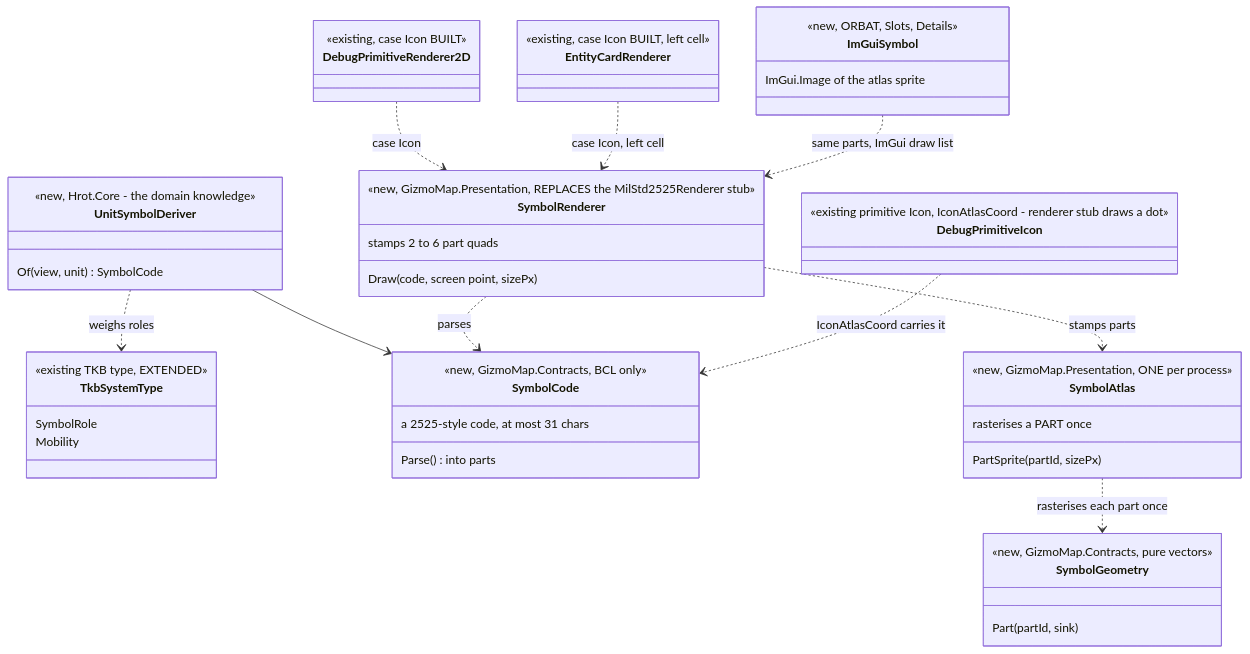
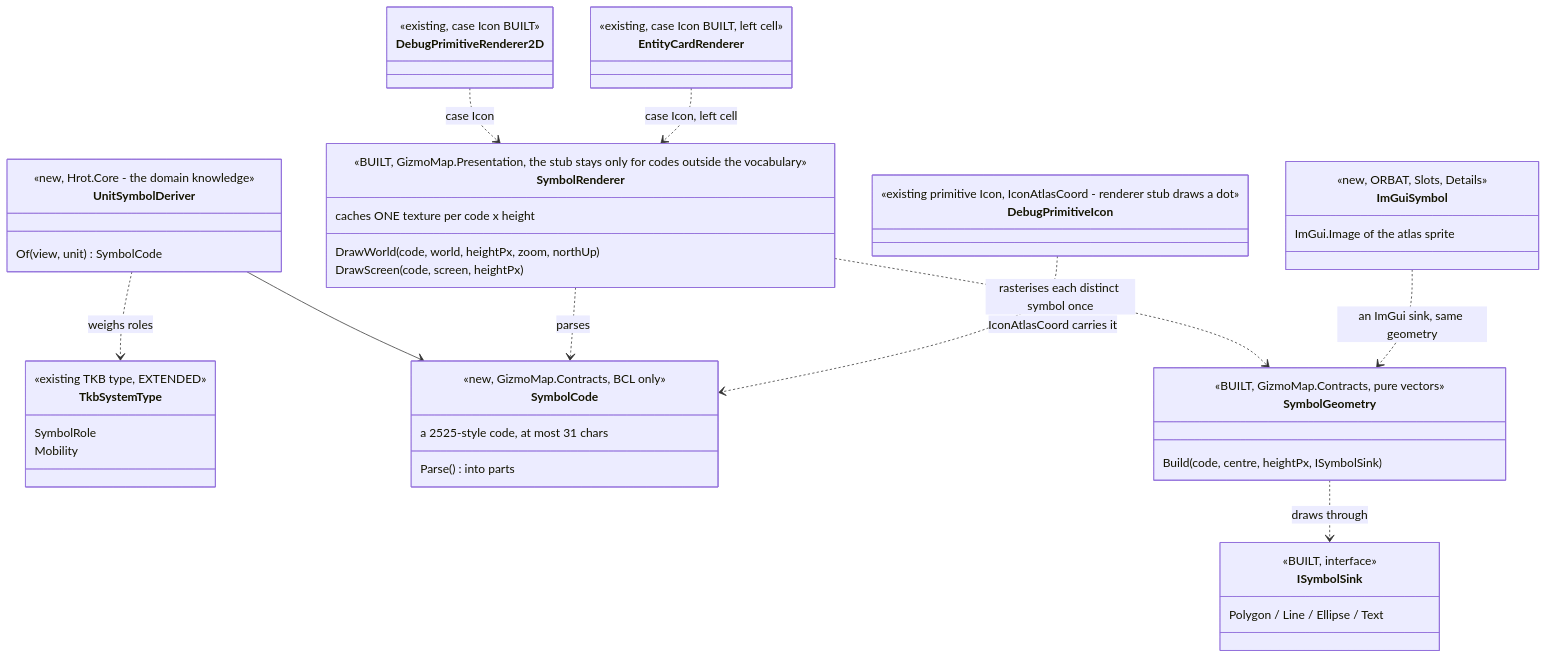
The fourth of 4 diagrams in docs/designs/aggregate-units/DESIGN_Stochastic_Unit_UI.md (pjanec/HROT), drawn with Mermaid before and after one commit. The commit also changed other lines of this file and 2 other files, not shown here.

Commit message:
agg-ui: CE-8608 done — R-8603 (per-symbol texture cache, measured) folded into DESIGN_Stochastic_Unit_UI §6 S-6 (parts atlas superseded)
Claude-Session: https://claude.ai/code/session_01HAuqWX1KLHp9J32jXmdZuw

````diff
--- a/docs/designs/aggregate-units/DESIGN_Stochastic_Unit_UI.md
+++ b/docs/designs/aggregate-units/DESIGN_Stochastic_Unit_UI.md
@@ -158,53 +158,53 @@
 ```mermaid
 classDiagram
   class TkbSystemType {
     <<existing TKB type, EXTENDED>>
     SymbolRole
     Mobility
   }
   class SymbolCode {
     <<new, GizmoMap.Contracts, BCL only>>
     a 2525-style code, at most 31 chars
     Parse() into parts
   }
   class UnitSymbolDeriver {
     <<new, Hrot.Core - the domain knowledge>>
     Of(view, unit) SymbolCode
   }
   class SymbolGeometry {
-    <<new, GizmoMap.Contracts, pure vectors>>
-    Part(partId, sink)
+    <<BUILT, GizmoMap.Contracts, pure vectors>>
+    Build(code, centre, heightPx, ISymbolSink)
   }
-  class SymbolAtlas {
-    <<new, GizmoMap.Presentation, ONE per process>>
-    PartSprite(partId, sizePx)
-    rasterises a PART once
+  class ISymbolSink {
+    <<BUILT, interface>>
+    Polygon / Line / Ellipse / Text
   }
   class SymbolRenderer {
-    <<new, GizmoMap.Presentation, REPLACES the MilStd2525Renderer stub>>
-    Draw(code, screen point, sizePx)
-    stamps 2 to 6 part quads
+    <<BUILT, GizmoMap.Presentation, the stub stays only for codes outside the vocabulary>>
+    DrawWorld(code, world, heightPx, zoom, northUp)
+    DrawScreen(code, screen, heightPx)
+    caches ONE texture per code x height
   }
   class DebugPrimitiveIcon {
     <<existing primitive Icon, IconAtlasCoord - renderer stub draws a dot>>
   }
   class DebugPrimitiveRenderer2D {
     <<existing, case Icon BUILT>>
   }
   class EntityCardRenderer {
     <<existing, case Icon BUILT, left cell>>
   }
   class ImGuiSymbol {
     <<new, ORBAT, Slots, Details>>
     ImGui.Image of the atlas sprite
   }
   UnitSymbolDeriver ..> TkbSystemType : weighs roles
   UnitSymbolDeriver --> SymbolCode
-  SymbolAtlas ..> SymbolGeometry : rasterises each part once
+  SymbolGeometry ..> ISymbolSink : draws through
+  SymbolRenderer ..> SymbolGeometry : rasterises each distinct symbol once
   SymbolRenderer ..> SymbolCode : parses
-  SymbolRenderer ..> SymbolAtlas : stamps parts
   DebugPrimitiveRenderer2D ..> SymbolRenderer : case Icon
   EntityCardRenderer ..> SymbolRenderer : case Icon, left cell
-  ImGuiSymbol ..> SymbolRenderer : same parts, ImGui draw list
+  ImGuiSymbol ..> SymbolGeometry : an ImGui sink, same geometry
   DebugPrimitiveIcon ..> SymbolCode : IconAtlasCoord carries it
 ```
````
